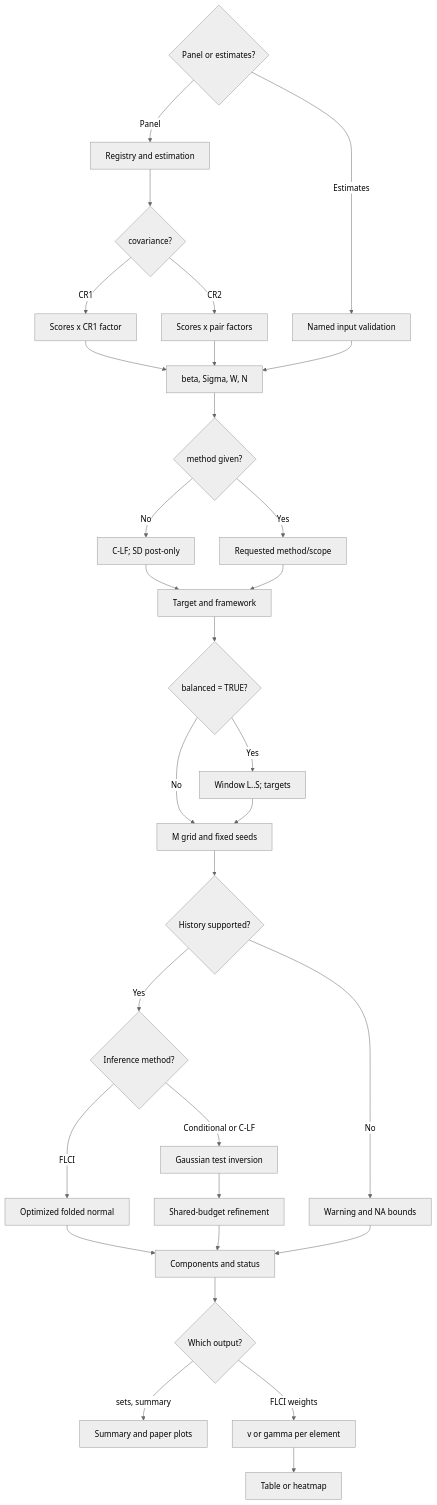
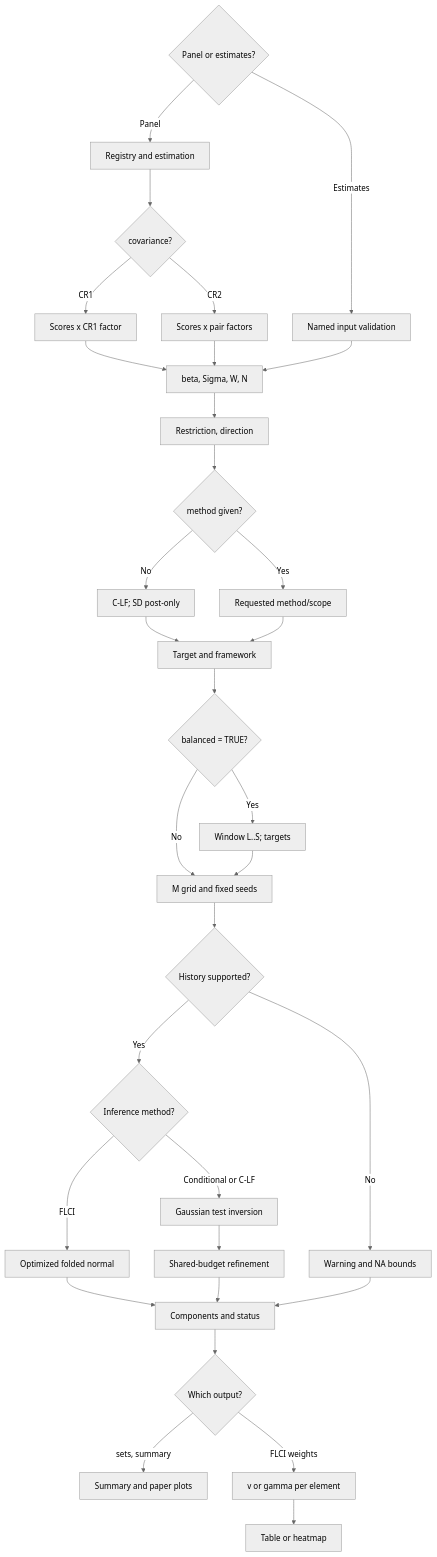
One commit to lzy318/CohortHonestDiD changed the ninth of 9 diagrams in Architecture.md. Above: the diagram before and after it, drawn with Mermaid. The commit also changed other lines of this file and 18 other files, not shown here.

````diff
--- a/Architecture.md
+++ b/Architecture.md
@@ -523,35 +599,36 @@
 ```mermaid
 %%{init: {'theme': 'neutral'}}%%
 graph TD
     Start{"Panel or estimates?"}
     Start -- Panel --> Panel["Registry and estimation"]
     Start -- Estimates --> Ext["Named input validation"]
     Panel --> CovType{"covariance?"}
     CovType -- CR1 --> CR1["Scores x CR1 factor"]
     CovType -- CR2 --> CR2["Scores x pair factors"]
     CR1 --> Fit["beta, Sigma, W, N"]
     CR2 --> Fit
     Ext --> Fit
-    Fit --> Given{"method given?"}
+    Fit --> Direction["Restriction, direction"]
+    Direction --> Given{"method given?"}
     Given -- No --> Default["C-LF; SD post-only"]
     Given -- Yes --> Explicit["Requested method/scope"]
     Default --> Target["Target and framework"]
     Explicit --> Target
     Target --> Balanced{"balanced = TRUE?"}
     Balanced -- Yes --> Window["Window L..S; targets"]
     Balanced -- No --> Tasks["M grid and fixed seeds"]
     Window --> Tasks
     Tasks --> Support{"History supported?"}
     Support -- Yes --> Method{"Inference method?"}
     Support -- No --> Fail["Warning and NA bounds"]
     Method -- FLCI --> FLCI["Optimized folded normal"]
     Method -- Conditional or C-LF --> ARP["Gaussian test inversion"]
     FLCI --> Result["Components and status"]
     ARP --> Refine["Shared-budget refinement"]
     Refine --> Result
     Fail --> Result
     Result --> Output{"Which output?"}
     Output -- sets, summary --> Plot["Summary and paper plots"]
     Output -- FLCI weights --> Weights["v or gamma per element"]
     Weights --> Heat["Table or heatmap"]
 ```
````
